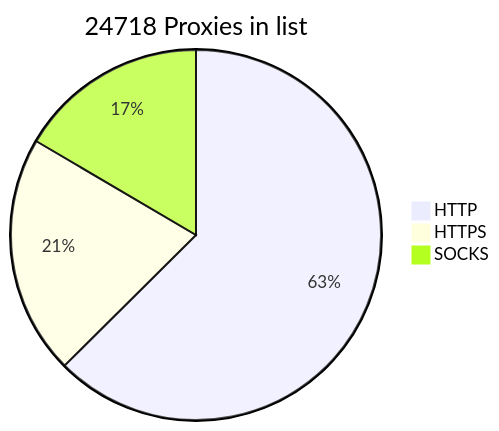
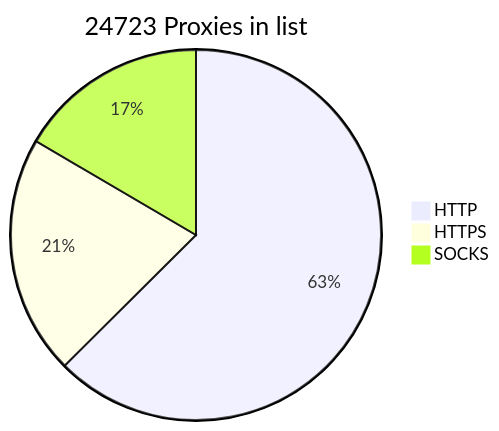
One commit to BlackSnowDot/proxylist-update-every-minute changed the diagram in README.md. Above: the diagram before and after it, drawn with Mermaid.

````diff
--- a/README.md
+++ b/README.md
@@ -2,6 +2,6 @@
 ```mermaid
-pie title 24718 Proxies in list
-    "HTTP" : 17909
+pie title 24723 Proxies in list
+    "HTTP" : 17908
     "HTTPS": 5985
-    "SOCKS" : 4736
+    "SOCKS" : 4741
 ```
````
